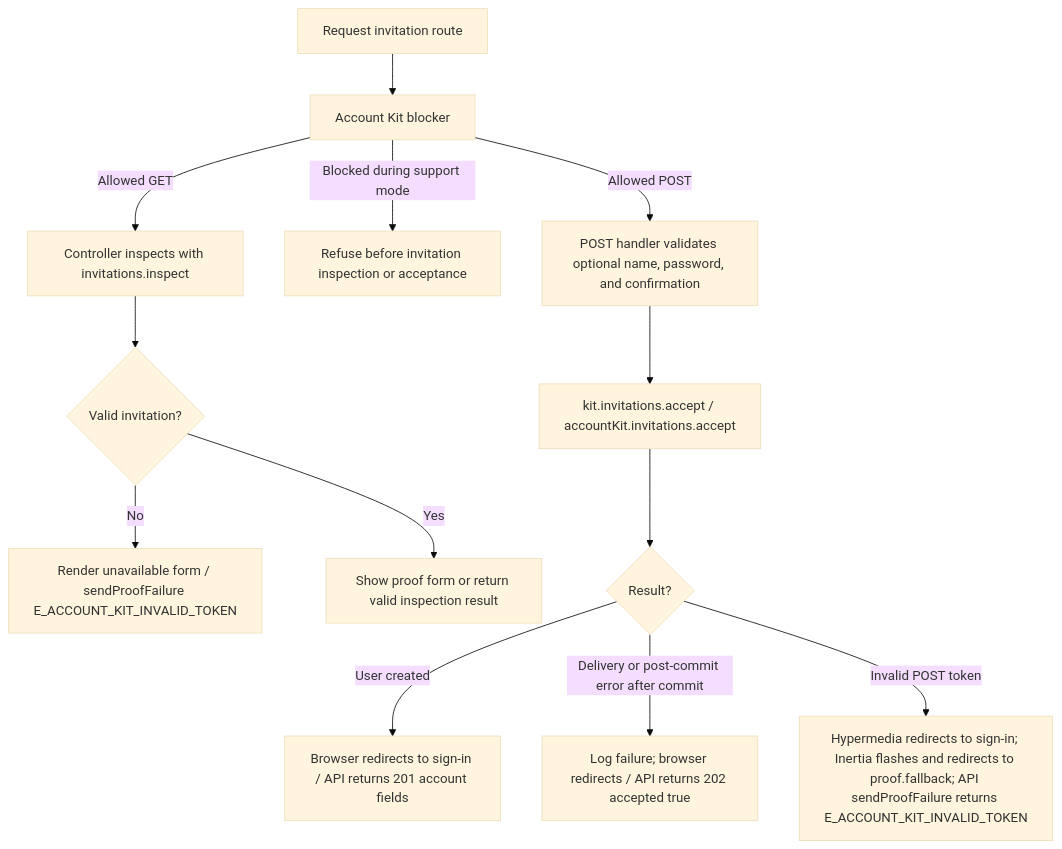
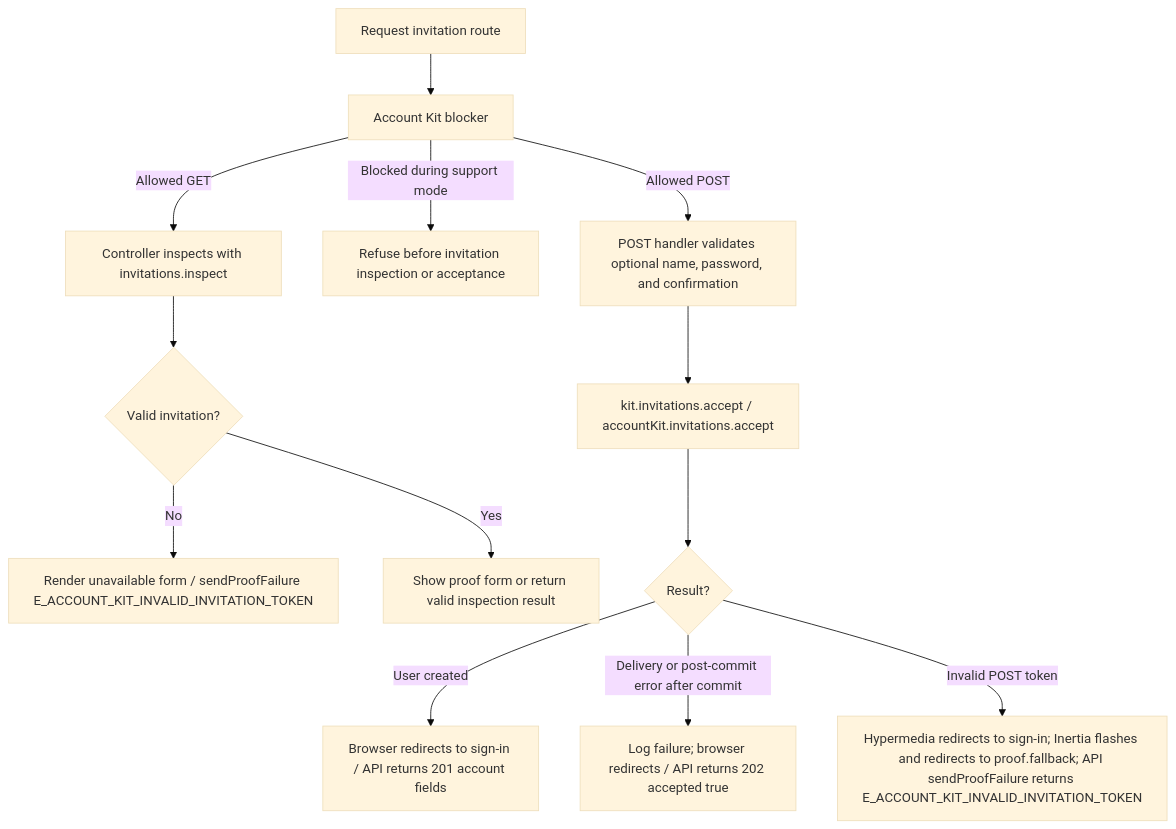
The second of 2 diagrams in user-stories/teams/us-team-05-accept-invitation.md (Kevinjohn/oss-adonisjs-starter-examples), drawn with Mermaid (base theme) before and after one commit. The commit also changed other lines of this file and 2 other files, not shown here.

Commit message:
Use an invitation-specific API proof failure code

````diff
--- a/user-stories/teams/us-team-05-accept-invitation.md
+++ b/user-stories/teams/us-team-05-accept-invitation.md
@@ -48,15 +48,15 @@
 ```mermaid
 flowchart TD
     A["Request invitation route"] --> Z["Account Kit blocker"]
     Z -->|Allowed GET| B["Controller inspects with invitations.inspect"]
     Z -->|Blocked during support mode| Z1["Refuse before invitation inspection or acceptance"]
     B --> C{"Valid invitation?"}
-    C -->|No| D["Render unavailable form / sendProofFailure E_ACCOUNT_KIT_INVALID_TOKEN"]
+    C -->|No| D["Render unavailable form / sendProofFailure E_ACCOUNT_KIT_INVALID_INVITATION_TOKEN"]
     C -->|Yes| V["Show proof form or return valid inspection result"]
     Z -->|Allowed POST| E["POST handler validates optional name, password, and confirmation"]
     E --> F["kit.invitations.accept / accountKit.invitations.accept"]
     F --> G{"Result?"}
     G -->|User created| H["Browser redirects to sign-in / API returns 201 account fields"]
     G -->|Delivery or post-commit error after commit| I["Log failure; browser redirects / API returns 202 accepted true"]
-    G -->|Invalid POST token| J["Hypermedia redirects to sign-in; Inertia flashes and redirects to proof.fallback; API sendProofFailure returns E_ACCOUNT_KIT_INVALID_TOKEN"]
+    G -->|Invalid POST token| J["Hypermedia redirects to sign-in; Inertia flashes and redirects to proof.fallback; API sendProofFailure returns E_ACCOUNT_KIT_INVALID_INVITATION_TOKEN"]
 ```
````
